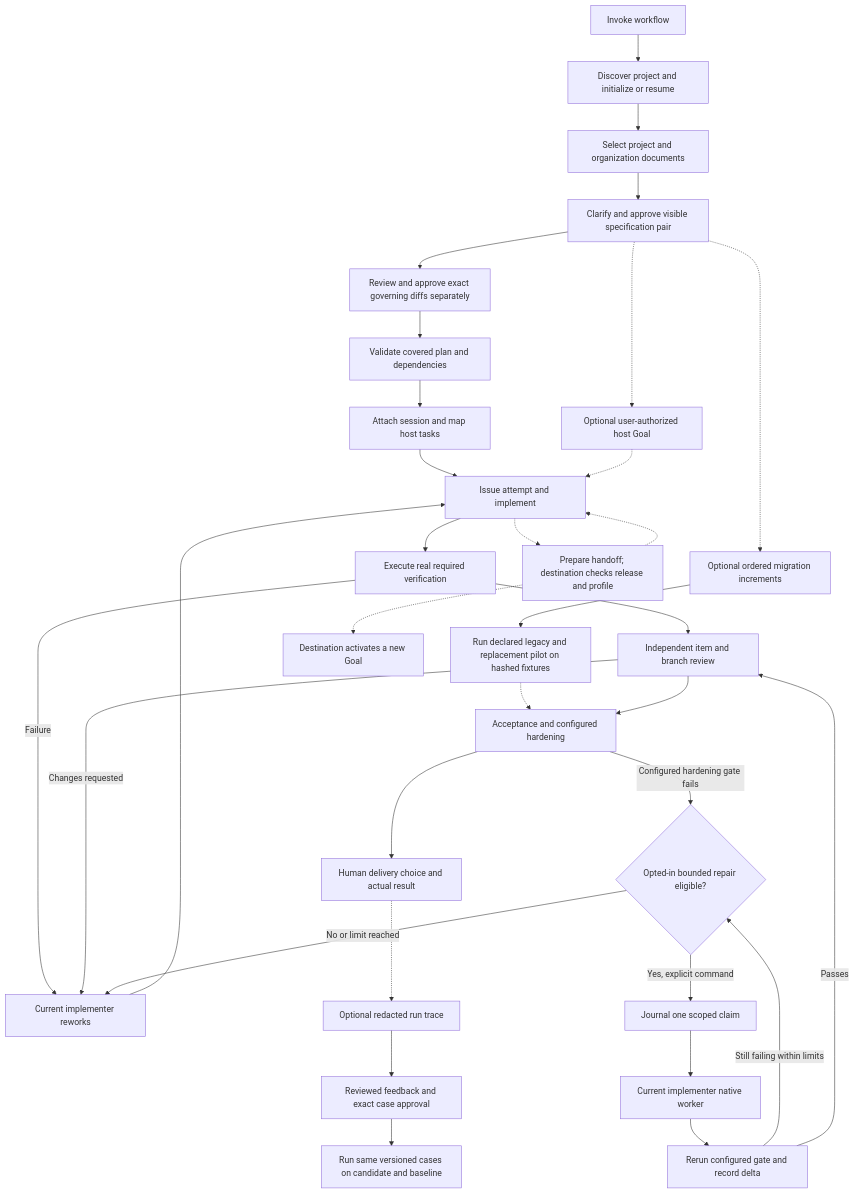
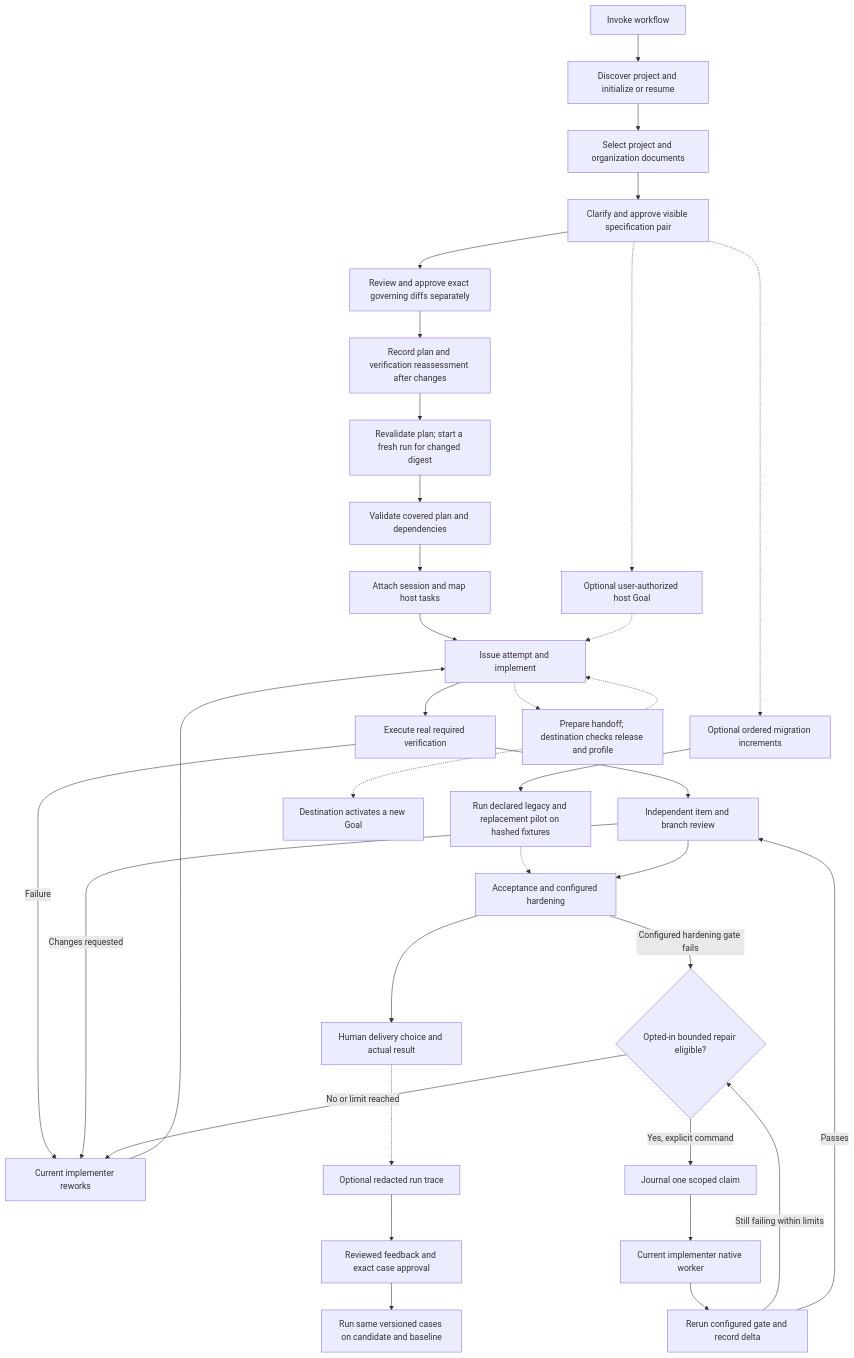
One commit to wgentil/devflow changed the first of 2 diagrams in docs/setup-and-usage.md. Above: the diagram before and after it, drawn with Mermaid. The commit also changed other lines of this file and 34 other files, not shown here.

````diff
--- a/docs/setup-and-usage.md
+++ b/docs/setup-and-usage.md
@@ -60,35 +60,37 @@
 ```mermaid
 flowchart TD
     Invoke[Invoke workflow] --> Init[Discover project and initialize or resume]
     Init --> Docs[Select project and organization documents]
     Docs --> Spec[Clarify and approve visible specification pair]
     Spec --> Policy[Review and approve exact governing diffs separately]
-    Policy --> Plan[Validate covered plan and dependencies]
+    Policy --> Impact[Record plan and verification reassessment after changes]
+    Impact --> Fresh[Revalidate plan; start a fresh run for changed digest]
+    Fresh --> Plan[Validate covered plan and dependencies]
     Spec -.-> Migration[Optional ordered migration increments]
     Migration --> Pilot[Run declared legacy and replacement pilot on hashed fixtures]
     Pilot -.-> Accept
     Plan --> Attach[Attach session and map host tasks]
     Attach --> Work[Issue attempt and implement]
     Work --> Proof[Execute real required verification]
     Proof --> Review[Independent item and branch review]
     Review --> Accept[Acceptance and configured hardening]
     Accept --> Deliver[Human delivery choice and actual result]
     Proof -->|Failure| Fix[Current implementer reworks]
     Review -->|Changes requested| Fix
     Accept -->|Configured hardening gate fails| Repair{Opted-in bounded repair eligible?}
     Repair -->|Yes, explicit command| Claim[Journal one scoped claim]
     Claim --> Worker[Current implementer native worker]
     Worker --> Recheck[Rerun configured gate and record delta]
     Recheck -->|Still failing within limits| Repair
     Recheck -->|Passes| Review
     Repair -->|No or limit reached| Fix
     Fix --> Work
     Work -.-> Transfer[Prepare handoff; destination checks release and profile]
     Transfer -.-> Work
     Spec -.-> Goal[Optional user-authorized host Goal]
     Goal -.-> Work
     Transfer -.-> NewGoal[Destination activates a new Goal]
     Deliver -.-> Trace[Optional redacted run trace]
     Trace --> Feedback[Reviewed feedback and exact case approval]
     Feedback --> Eval[Run same versioned cases on candidate and baseline]
 ```
````
